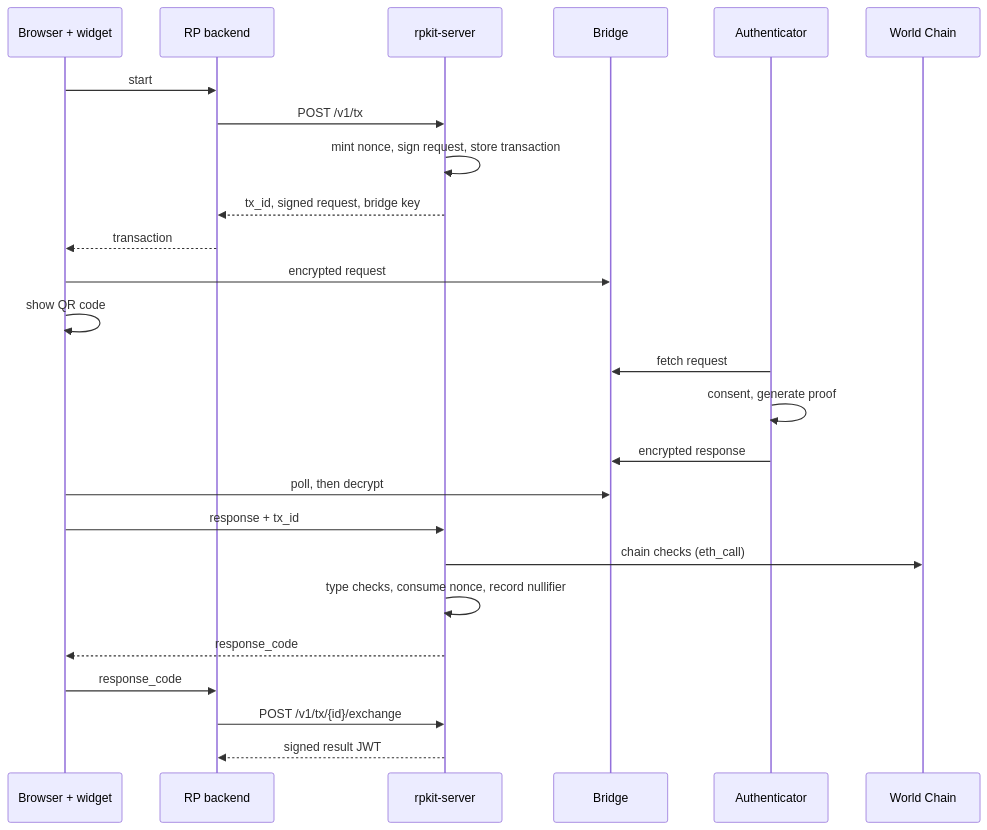
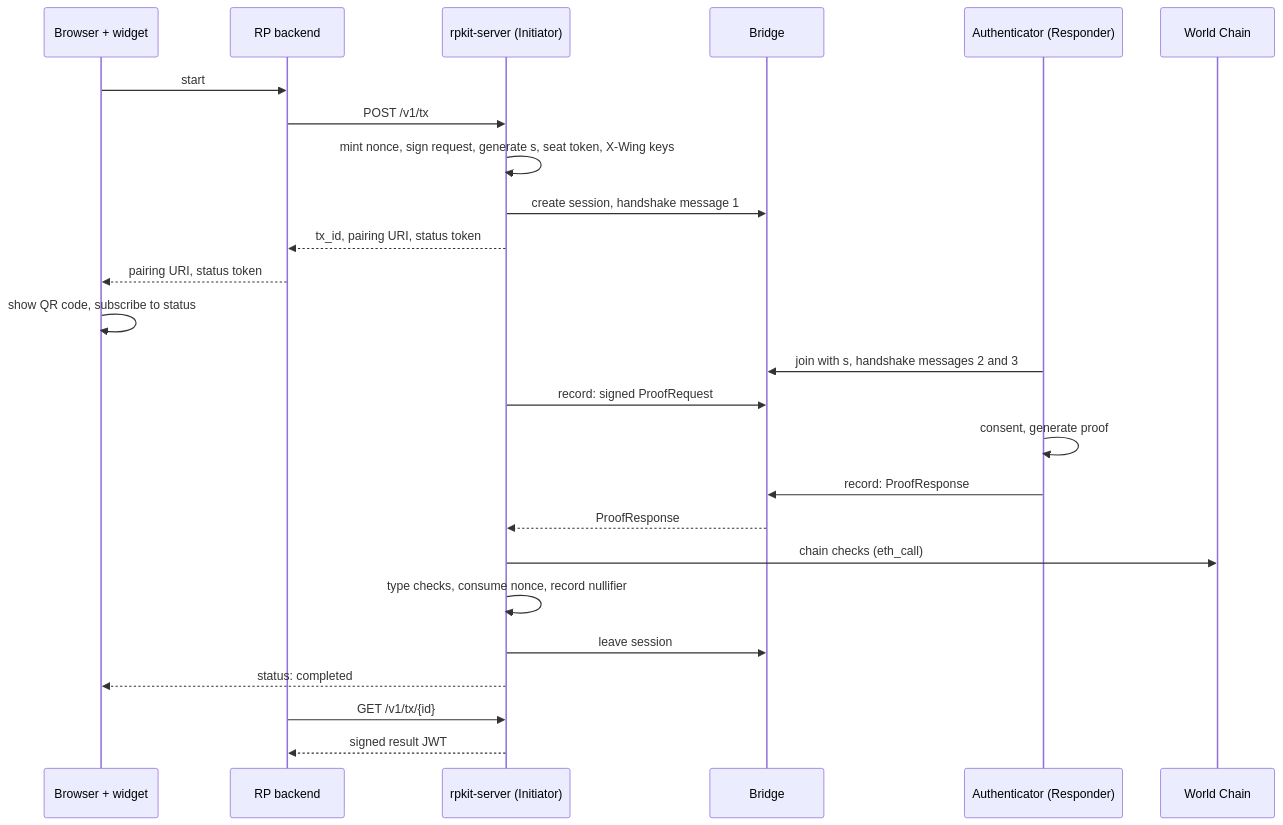
The second of 2 diagrams in docs/spec.md (worldcoin/rpkit), drawn with Mermaid before and after one commit. The commit also changed other lines of this file, not shown here.

Commit message:
docs: move transport to WIP-110 with rpkit-server as Initiator

````diff
--- a/docs/spec.md
+++ b/docs/spec.md
@@ -315,27 +338,27 @@
 ```mermaid
 sequenceDiagram
   participant U as Browser + widget
   participant B as RP backend
-  participant S as rpkit-server
+  participant S as rpkit-server (Initiator)
   participant BR as Bridge
-  participant A as Authenticator
+  participant A as Authenticator (Responder)
   participant C as World Chain
   U->>B: start
   B->>S: POST /v1/tx
-  S->>S: mint nonce, sign request, store transaction
-  S-->>B: tx_id, signed request, bridge key
-  B-->>U: transaction
-  U->>BR: encrypted request
-  U->>U: show QR code
-  A->>BR: fetch request
+  S->>S: mint nonce, sign request, generate s, seat token, X-Wing keys
+  S->>BR: create session, handshake message 1
+  S-->>B: tx_id, pairing URI, status token
+  B-->>U: pairing URI, status token
+  U->>U: show QR code, subscribe to status
+  A->>BR: join with s, handshake messages 2 and 3
+  S->>BR: record: signed ProofRequest
   A->>A: consent, generate proof
-  A->>BR: encrypted response
-  U->>BR: poll, then decrypt
-  U->>S: response + tx_id
+  A->>BR: record: ProofResponse
+  BR-->>S: ProofResponse
   S->>C: chain checks (eth_call)
   S->>S: type checks, consume nonce, record nullifier
-  S-->>U: response_code
-  U->>B: response_code
-  B->>S: POST /v1/tx/{id}/exchange
+  S->>BR: leave session
+  S-->>U: status: completed
+  B->>S: GET /v1/tx/{id}
   S-->>B: signed result JWT
 ```
````
